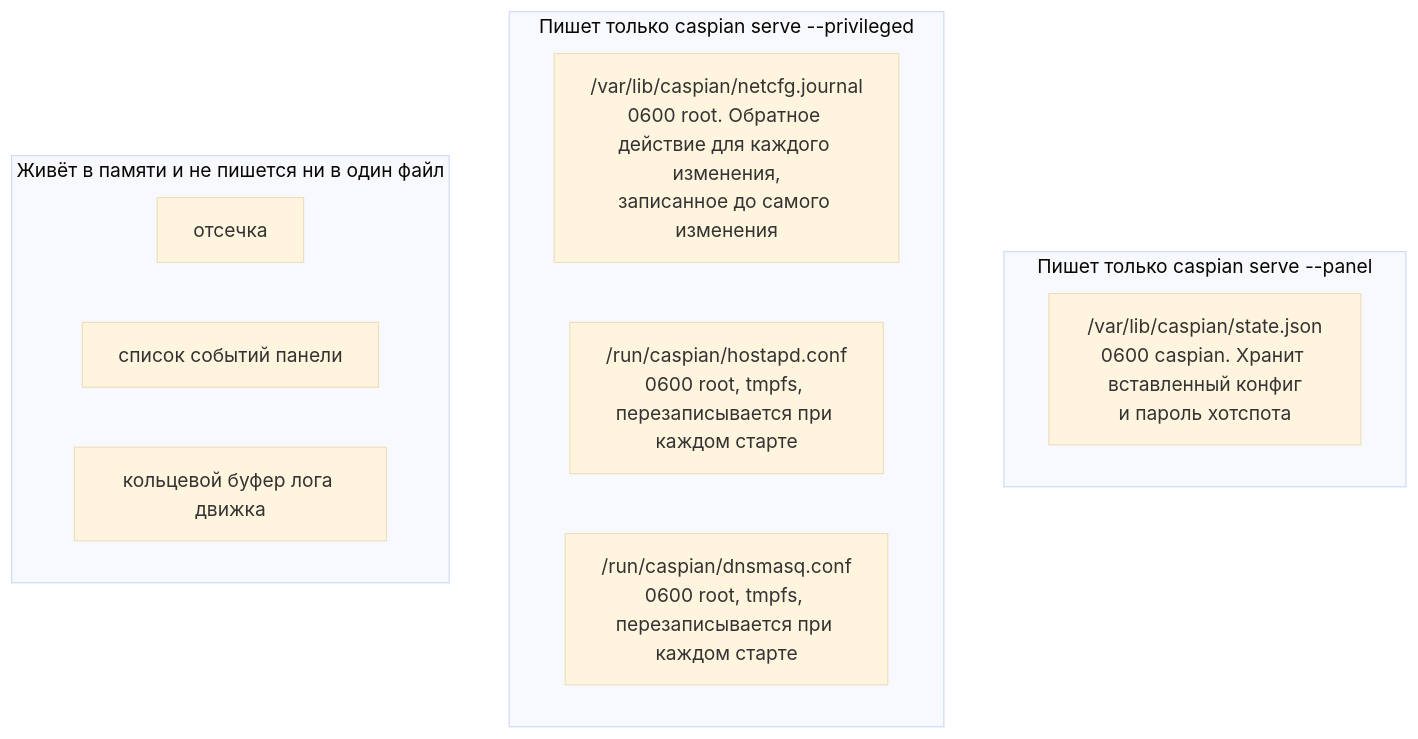
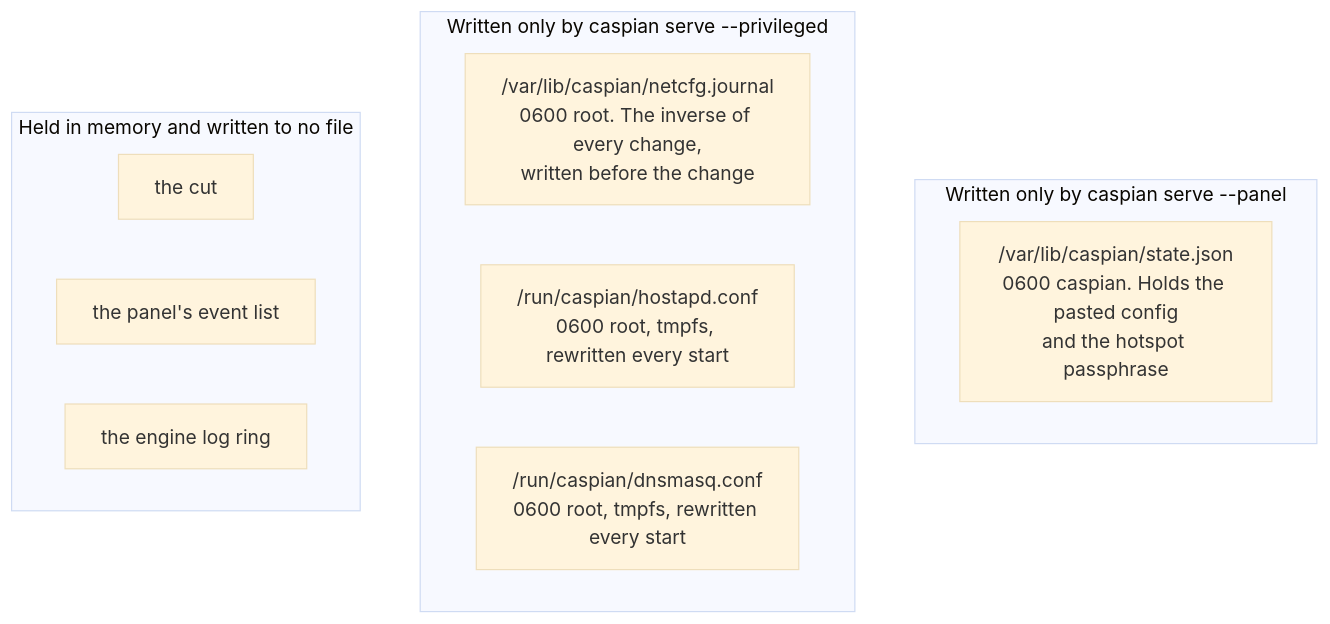
Before and after one commit to Iman/caspian: the third of 8 diagrams in docs/wiki/Architecture.ru.md, drawn with Mermaid (base theme). The commit also changed other lines of this file and 149 other files, not shown here.

````diff
--- a/docs/wiki/Architecture.ru.md
+++ b/docs/wiki/Architecture.ru.md
@@ -140,18 +140,18 @@
 ```mermaid
 flowchart TB
-    subgraph panelowns["Пишет только caspian serve --panel"]
-        SJ["/var/lib/caspian/state.json<br/>0600 caspian. Хранит вставленный конфиг<br/>и пароль хотспота"]
+    subgraph panelowns["Written only by caspian serve --panel"]
+        SJ["/var/lib/caspian/state.json<br/>0600 caspian. Holds the pasted config<br/>and the hotspot passphrase"]
     end
 
-    subgraph privowns["Пишет только caspian serve --privileged"]
-        JN["/var/lib/caspian/netcfg.journal<br/>0600 root. Обратное действие для каждого изменения,<br/>записанное до самого изменения"]
-        HC["/run/caspian/hostapd.conf<br/>0600 root, tmpfs, перезаписывается при каждом старте"]
-        DC["/run/caspian/dnsmasq.conf<br/>0600 root, tmpfs, перезаписывается при каждом старте"]
+    subgraph privowns["Written only by caspian serve --privileged"]
+        JN["/var/lib/caspian/netcfg.journal<br/>0600 root. The inverse of every change,<br/>written before the change"]
+        HC["/run/caspian/hostapd.conf<br/>0600 root, tmpfs, rewritten every start"]
+        DC["/run/caspian/dnsmasq.conf<br/>0600 root, tmpfs, rewritten every start"]
     end
 
-    subgraph nofile["Живёт в памяти и не пишется ни в один файл"]
-        CUT["отсечка"]
-        EVT["список событий панели"]
-        RING["кольцевой буфер лога движка"]
+    subgraph nofile["Held in memory and written to no file"]
+        CUT["the cut"]
+        EVT["the panel's event list"]
+        RING["the engine log ring"]
     end
 ```
````
